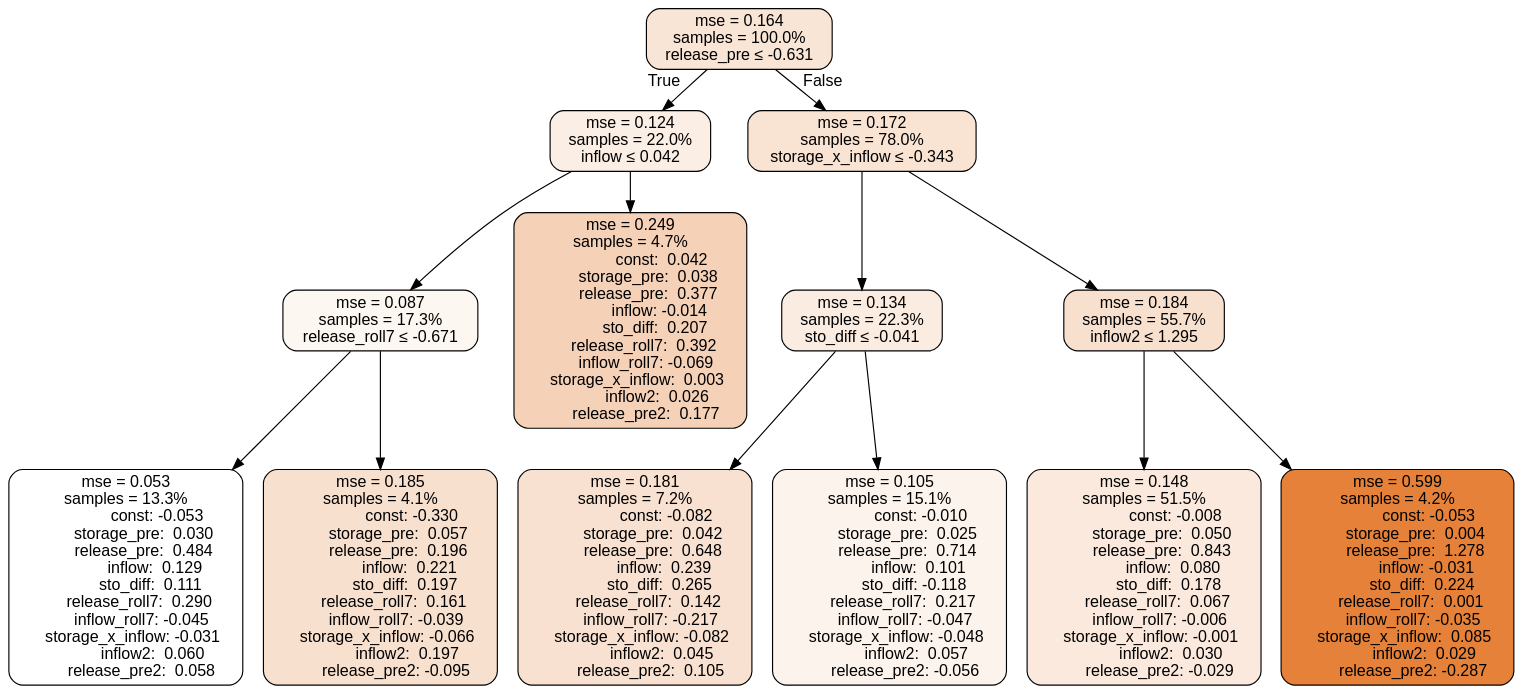
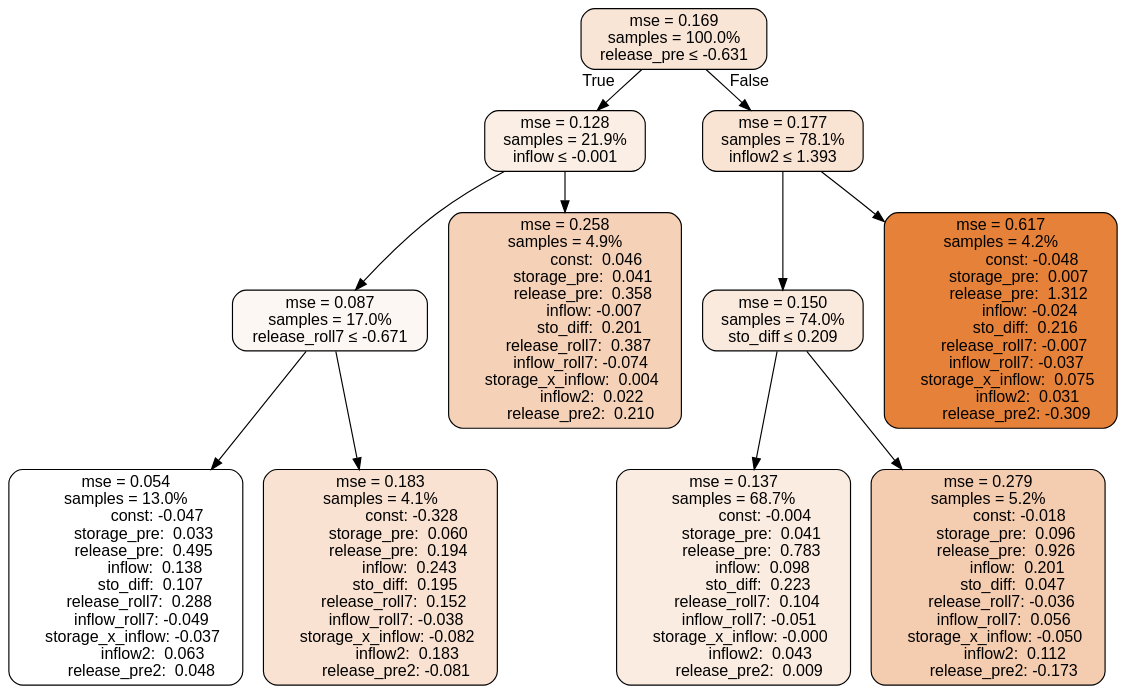
Before and after one commit to lcford2/plrt-conus: the diagram in results/monthly_merged_data_set_minyr5/TD3_MSS0.04/tree.dot, drawn with Graphviz. The commit also changed 2 other files, not shown here.

```diff
--- a/results/monthly_merged_data_set_minyr5/TD3_MSS0.04/tree.dot
+++ b/results/monthly_merged_data_set_minyr5/TD3_MSS0.04/tree.dot
@@ -1,120 +1,103 @@
 digraph tree {
 bgcolor="transparent"
 node [shape=rectangle, style="filled, rounded", color="black", fontname=helvetica] ;
 edge [fontname=helvetica] ;
-	"0" [label="mse = 0.164
+	"0" [label="mse = 0.169
 samples = 100.0%
 release_pre &le; -0.631", fillcolor="#f9e5d6"]
-	"1" [label="mse = 0.124
-samples = 22.0%
-inflow &le; 0.042", fillcolor="#fbeee5"]
+	"1" [label="mse = 0.128
+samples = 21.9%
+inflow &le; -0.001", fillcolor="#fbeee4"]
 	"2" [label="mse = 0.087
-samples = 17.3%
-release_roll7 &le; -0.671", fillcolor="#fdf7f2"]
-	"3" [label="mse = 0.053
-samples = 13.3%
-               const: -0.053
-         storage_pre:  0.030
-         release_pre:  0.484
-              inflow:  0.129
-            sto_diff:  0.111
-       release_roll7:  0.290
-        inflow_roll7: -0.045
-    storage_x_inflow: -0.031
-             inflow2:  0.060
-        release_pre2:  0.058", fillcolor="#ffffff"]
-	"4" [label="mse = 0.185
+samples = 17.0%
+release_roll7 &le; -0.671", fillcolor="#fdf7f3"]
+	"3" [label="mse = 0.054
+samples = 13.0%
+               const: -0.047
+         storage_pre:  0.033
+         release_pre:  0.495
+              inflow:  0.138
+            sto_diff:  0.107
+       release_roll7:  0.288
+        inflow_roll7: -0.049
+    storage_x_inflow: -0.037
+             inflow2:  0.063
+        release_pre2:  0.048", fillcolor="#ffffff"]
+	"4" [label="mse = 0.183
 samples = 4.1%
-               const: -0.330
-         storage_pre:  0.057
-         release_pre:  0.196
-              inflow:  0.221
-            sto_diff:  0.197
-       release_roll7:  0.161
-        inflow_roll7: -0.039
-    storage_x_inflow: -0.066
-             inflow2:  0.197
-        release_pre2: -0.095", fillcolor="#f8e0cf"]
-	"5" [label="mse = 0.249
-samples = 4.7%
-               const:  0.042
-         storage_pre:  0.038
-         release_pre:  0.377
-              inflow: -0.014
-            sto_diff:  0.207
-       release_roll7:  0.392
-        inflow_roll7: -0.069
-    storage_x_inflow:  0.003
-             inflow2:  0.026
-        release_pre2:  0.177", fillcolor="#f5d1b8"]
-	"6" [label="mse = 0.172
-samples = 78.0%
-storage_x_inflow &le; -0.343", fillcolor="#f9e3d3"]
-	"7" [label="mse = 0.134
-samples = 22.3%
-sto_diff &le; -0.041", fillcolor="#fbece1"]
-	"8" [label="mse = 0.181
-samples = 7.2%
-               const: -0.082
-         storage_pre:  0.042
-         release_pre:  0.648
-              inflow:  0.239
-            sto_diff:  0.265
-       release_roll7:  0.142
-        inflow_roll7: -0.217
+               const: -0.328
+         storage_pre:  0.060
+         release_pre:  0.194
+              inflow:  0.243
+            sto_diff:  0.195
+       release_roll7:  0.152
+        inflow_roll7: -0.038
     storage_x_inflow: -0.082
-             inflow2:  0.045
-        release_pre2:  0.105", fillcolor="#f8e1d0"]
-	"9" [label="mse = 0.105
-samples = 15.1%
-               const: -0.010
-         storage_pre:  0.025
-         release_pre:  0.714
-              inflow:  0.101
-            sto_diff: -0.118
-       release_roll7:  0.217
-        inflow_roll7: -0.047
-    storage_x_inflow: -0.048
-             inflow2:  0.057
-        release_pre2: -0.056", fillcolor="#fcf3ec"]
-	"10" [label="mse = 0.184
-samples = 55.7%
-inflow2 &le; 1.295", fillcolor="#f8e0cf"]
-	"11" [label="mse = 0.148
-samples = 51.5%
-               const: -0.008
-         storage_pre:  0.050
-         release_pre:  0.843
-              inflow:  0.080
-            sto_diff:  0.178
-       release_roll7:  0.067
-        inflow_roll7: -0.006
-    storage_x_inflow: -0.001
-             inflow2:  0.030
-        release_pre2: -0.029", fillcolor="#fae9dc"]
-	"12" [label="mse = 0.599
+             inflow2:  0.183
+        release_pre2: -0.081", fillcolor="#f9e2d1"]
+	"5" [label="mse = 0.258
+samples = 4.9%
+               const:  0.046
+         storage_pre:  0.041
+         release_pre:  0.358
+              inflow: -0.007
+            sto_diff:  0.201
+       release_roll7:  0.387
+        inflow_roll7: -0.074
+    storage_x_inflow:  0.004
+             inflow2:  0.022
+        release_pre2:  0.210", fillcolor="#f5d1b7"]
+	"6" [label="mse = 0.177
+samples = 78.1%
+inflow2 &le; 1.393", fillcolor="#f9e3d3"]
+	"7" [label="mse = 0.150
+samples = 74.0%
+sto_diff &le; 0.209", fillcolor="#fae9dd"]
+	"8" [label="mse = 0.137
+samples = 68.7%
+               const: -0.004
+         storage_pre:  0.041
+         release_pre:  0.783
+              inflow:  0.098
+            sto_diff:  0.223
+       release_roll7:  0.104
+        inflow_roll7: -0.051
+    storage_x_inflow: -0.000
+             inflow2:  0.043
+        release_pre2:  0.009", fillcolor="#fbece1"]
+	"9" [label="mse = 0.279
+samples = 5.2%
+               const: -0.018
+         storage_pre:  0.096
+         release_pre:  0.926
+              inflow:  0.201
+            sto_diff:  0.047
+       release_roll7: -0.036
+        inflow_roll7:  0.056
+    storage_x_inflow: -0.050
+             inflow2:  0.112
+        release_pre2: -0.173", fillcolor="#f4ccaf"]
+	"10" [label="mse = 0.617
 samples = 4.2%
-               const: -0.053
-         storage_pre:  0.004
-         release_pre:  1.278
-              inflow: -0.031
-            sto_diff:  0.224
-       release_roll7:  0.001
-        inflow_roll7: -0.035
-    storage_x_inflow:  0.085
-             inflow2:  0.029
-        release_pre2: -0.287", fillcolor="#e58139"]
+               const: -0.048
+         storage_pre:  0.007
+         release_pre:  1.312
+              inflow: -0.024
+            sto_diff:  0.216
+       release_roll7: -0.007
+        inflow_roll7: -0.037
+    storage_x_inflow:  0.075
+             inflow2:  0.031
+        release_pre2: -0.309", fillcolor="#e58139"]
 
 	"0" -> "1" [labeldistance=2.5, labelangle=45, headlabel="True"]
 	"1" -> "2"
 	"2" -> "3"
 	"2" -> "4"
 	"1" -> "5"
 	"0" -> "6" [labeldistance=2.5, labelangle=-45, headlabel="False"]
 	"6" -> "7"
 	"7" -> "8"
 	"7" -> "9"
 	"6" -> "10"
-	"10" -> "11"
-	"10" -> "12"
 }
```
